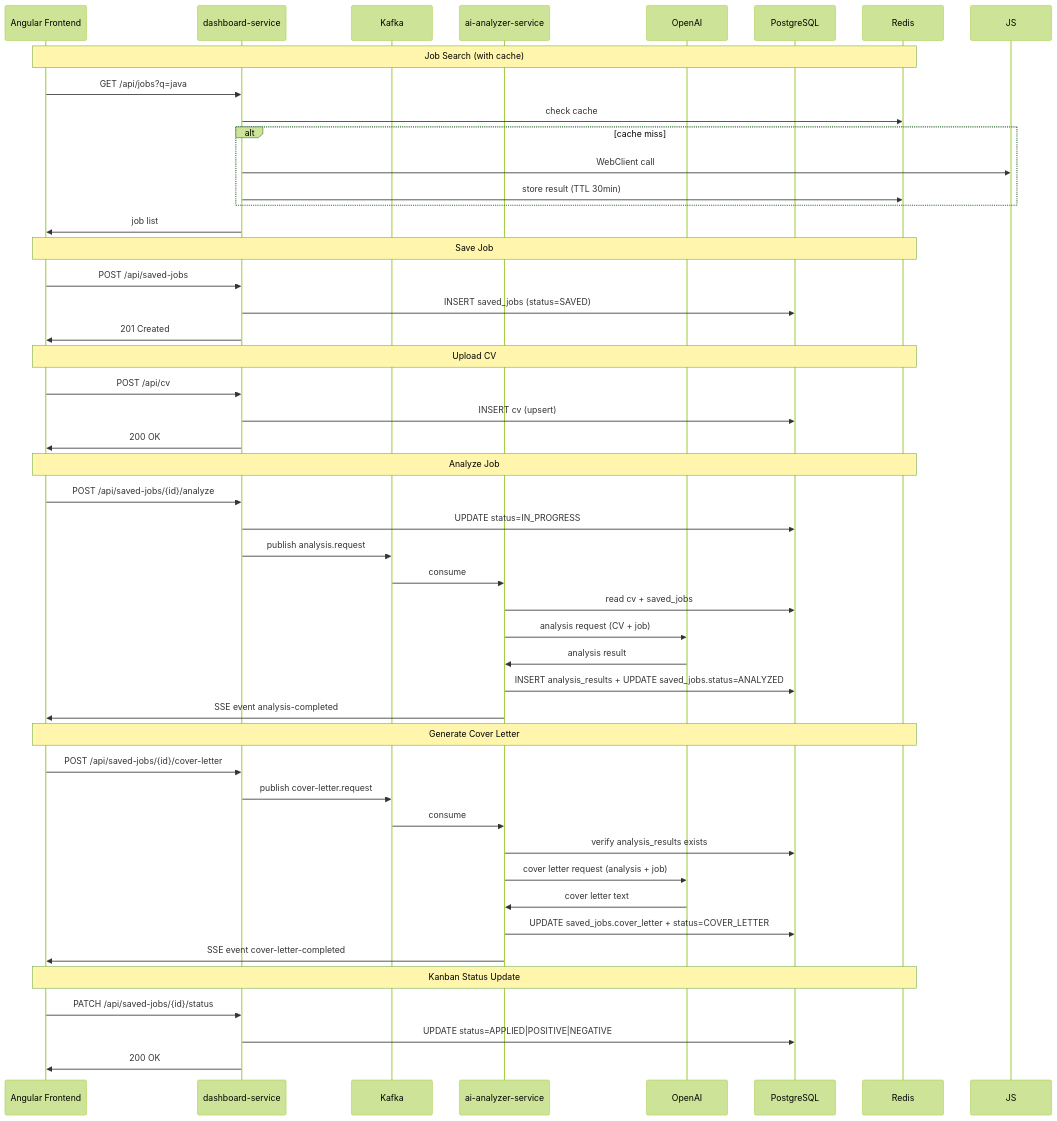
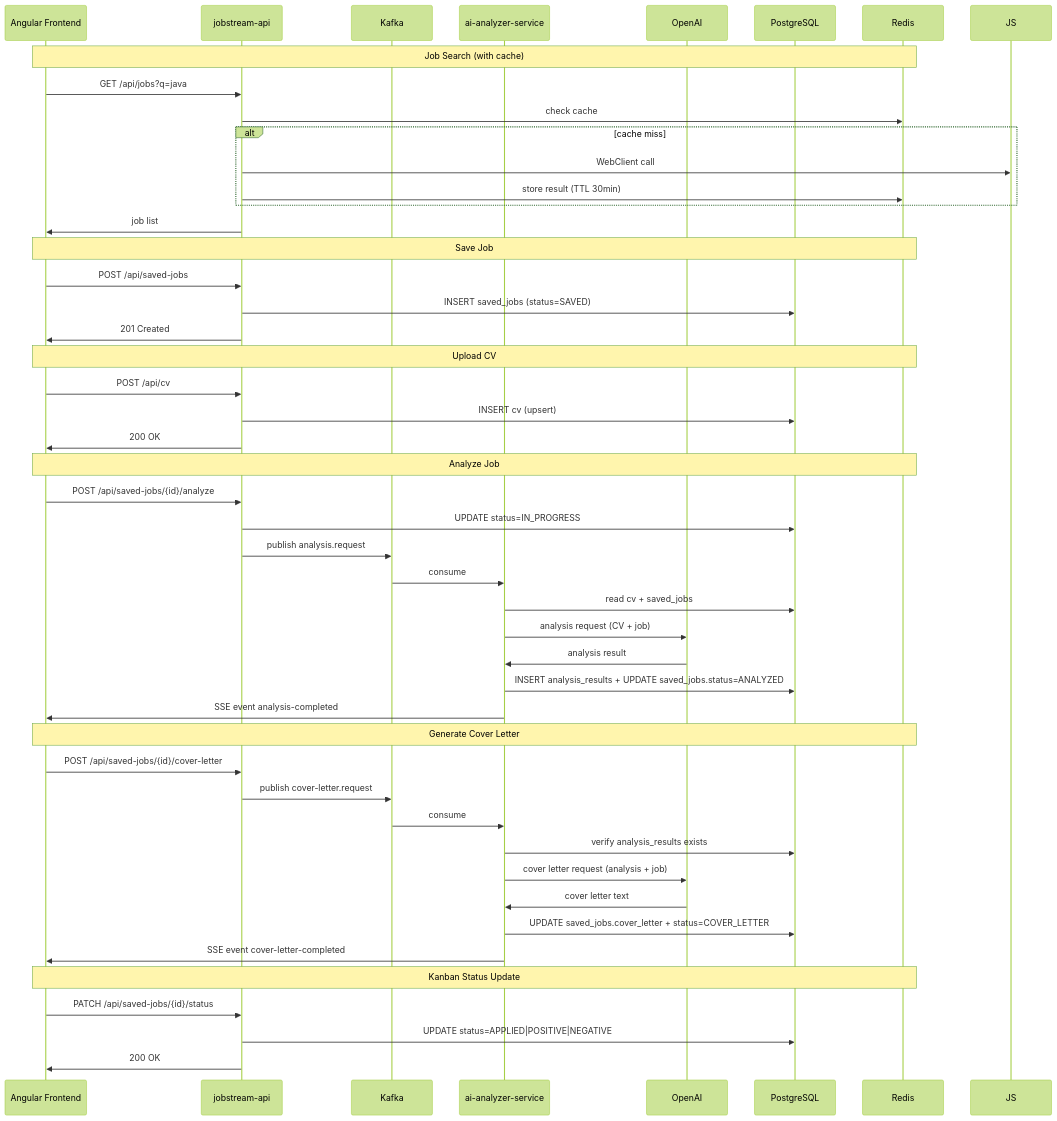
The fifth of 5 diagrams in docs/architecture-spine.md (JuB3ll3c/jobstream-bmad), drawn with Mermaid (forest theme) before and after one commit. The commit also changed other lines of this file and 2 other files, not shown here.

Commit message:
Fix: Fix name service in architecture spine + add ADR 10 + add mention to BMAD in README.md

````diff
--- a/docs/architecture-spine.md
+++ b/docs/architecture-spine.md
@@ -302,55 +387,55 @@
 ```mermaid
 sequenceDiagram
     participant F as Angular Frontend
-    participant D as dashboard-service
+    participant D as jobstream-api
     participant K as Kafka
     participant A as ai-analyzer-service
     participant O as OpenAI
     participant P as PostgreSQL
     participant R as Redis
 
     Note over F,R: Job Search (with cache)
     F->>D: GET /api/jobs?q=java
     D->>R: check cache
     alt cache miss
         D->>JS: WebClient call
         D->>R: store result (TTL 30min)
     end
     D->>F: job list
 
     Note over F,R: Save Job
     F->>D: POST /api/saved-jobs
     D->>P: INSERT saved_jobs (status=SAVED)
     D->>F: 201 Created
 
     Note over F,R: Upload CV
     F->>D: POST /api/cv
     D->>P: INSERT cv (upsert)
     D->>F: 200 OK
 
     Note over F,R: Analyze Job
     F->>D: POST /api/saved-jobs/{id}/analyze
     D->>P: UPDATE status=IN_PROGRESS
     D->>K: publish analysis.request
     K->>A: consume
     A->>P: read cv + saved_jobs
     A->>O: analysis request (CV + job)
     O->>A: analysis result
     A->>P: INSERT analysis_results + UPDATE saved_jobs.status=ANALYZED
     A->>F: SSE event analysis-completed
 
     Note over F,R: Generate Cover Letter
     F->>D: POST /api/saved-jobs/{id}/cover-letter
     D->>K: publish cover-letter.request
     K->>A: consume
     A->>P: verify analysis_results exists
     A->>O: cover letter request (analysis + job)
     O->>A: cover letter text
     A->>P: UPDATE saved_jobs.cover_letter + status=COVER_LETTER
     A->>F: SSE event cover-letter-completed
 
     Note over F,R: Kanban Status Update
     F->>D: PATCH /api/saved-jobs/{id}/status
     D->>P: UPDATE status=APPLIED|POSITIVE|NEGATIVE
     D->>F: 200 OK
 ```
````
